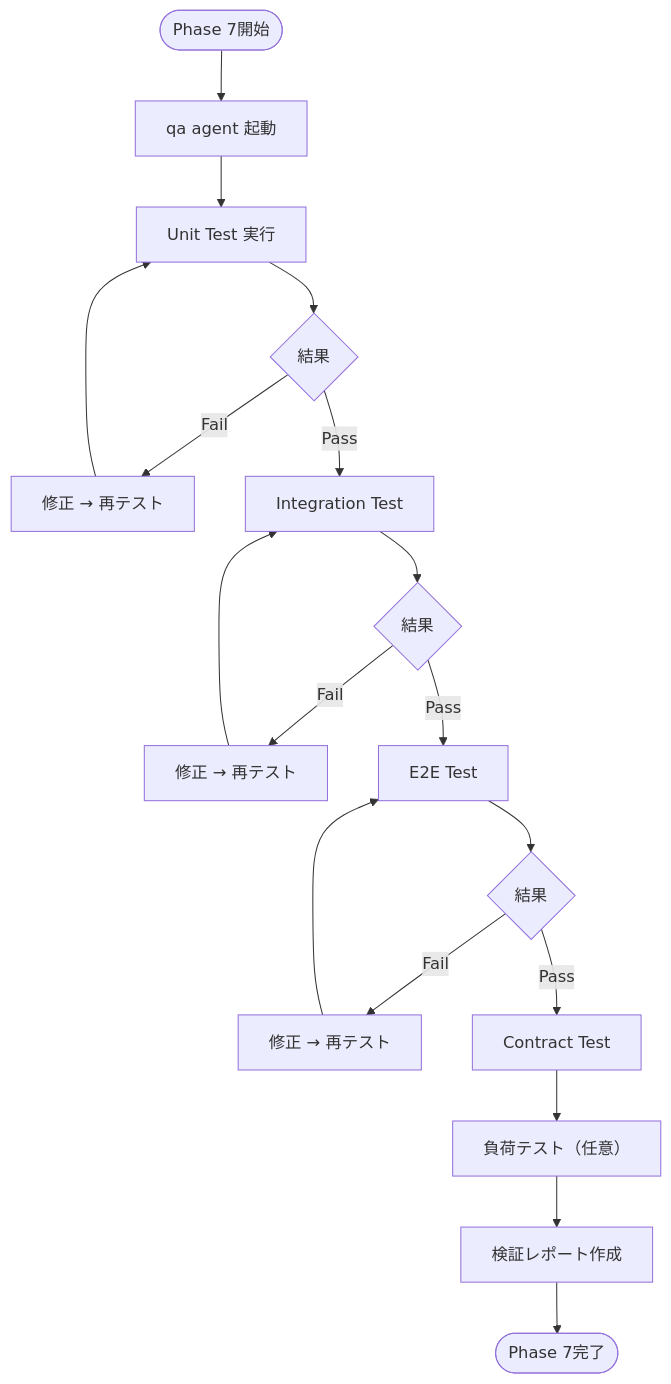
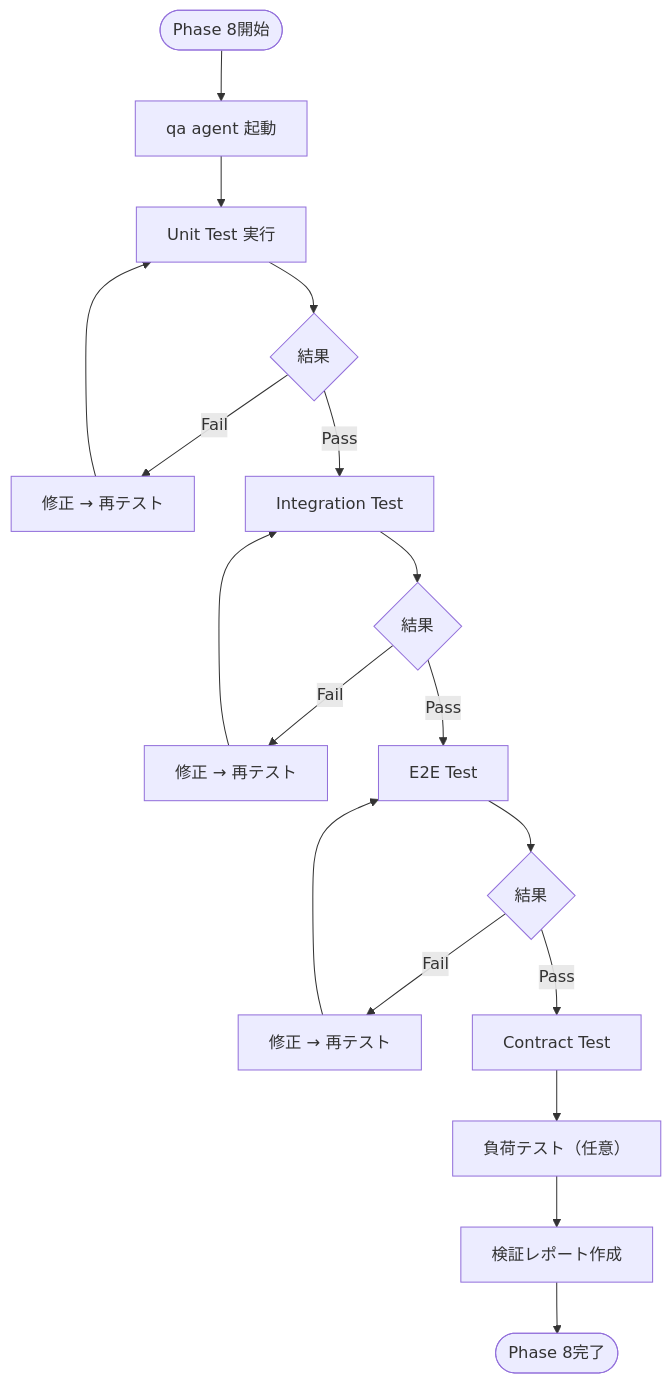
One commit to tasai-lab/fractal-dev-workflow changed the seventh of 10 diagrams in docs/workflow-flow.md. Above: the diagram before and after it, drawn with Mermaid. The commit also changed other lines of this file and 14 other files, not shown here.

````diff
--- a/docs/workflow-flow.md
+++ b/docs/workflow-flow.md
@@ -280,20 +282,20 @@
 ```mermaid
 flowchart TD
-    START([Phase 7開始]) --> QA[qa agent 起動]
+    START([Phase 8開始]) --> QA[qa agent 起動]
     QA --> UNIT[Unit Test 実行]
     UNIT --> UNIT_RES{結果}
     UNIT_RES -->|Fail| FIX_UNIT[修正 → 再テスト]
     FIX_UNIT --> UNIT
     UNIT_RES -->|Pass| INT[Integration Test]
     INT --> INT_RES{結果}
     INT_RES -->|Fail| FIX_INT[修正 → 再テスト]
     FIX_INT --> INT
     INT_RES -->|Pass| E2E[E2E Test]
     E2E --> E2E_RES{結果}
     E2E_RES -->|Fail| FIX_E2E[修正 → 再テスト]
     FIX_E2E --> E2E
     E2E_RES -->|Pass| CONTRACT[Contract Test]
     CONTRACT --> LOAD[負荷テスト（任意）]
     LOAD --> REPORT[検証レポート作成]
-    REPORT --> END([Phase 7完了])
+    REPORT --> END([Phase 8完了])
 ```
````
